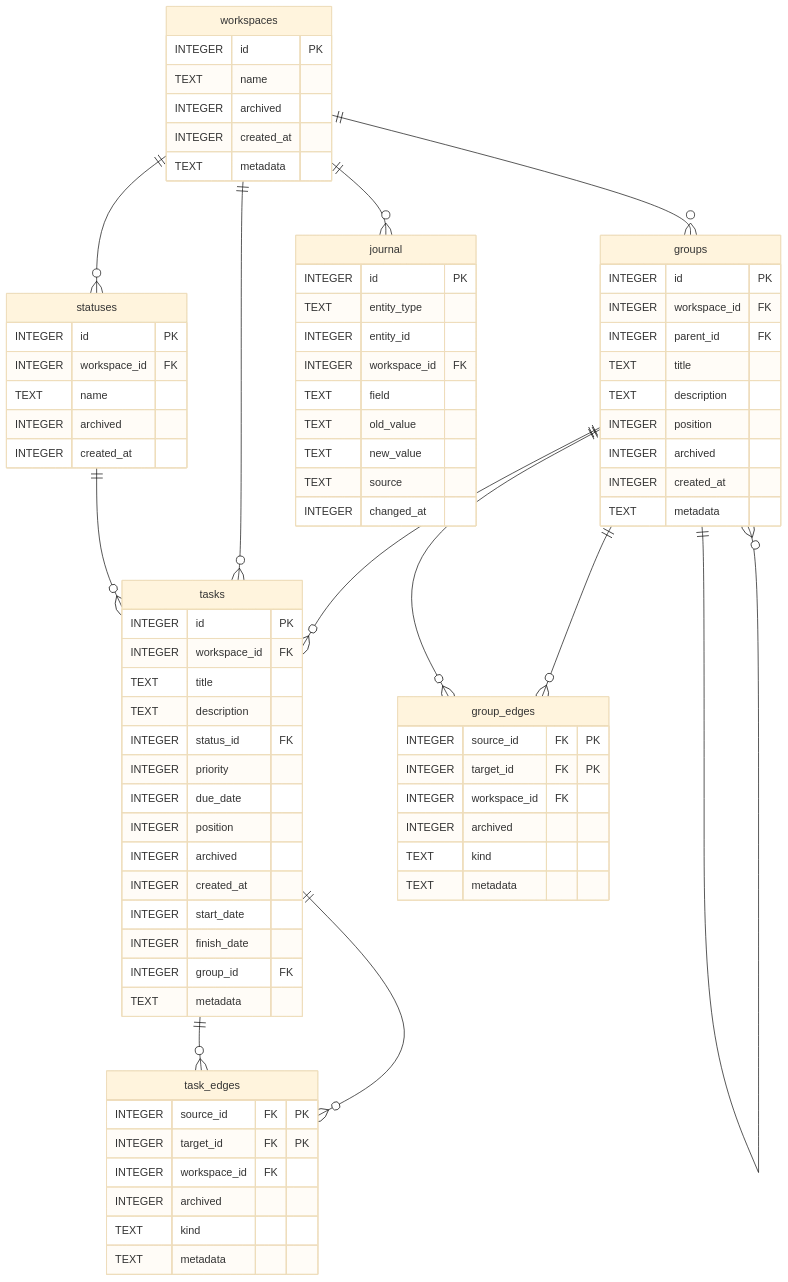
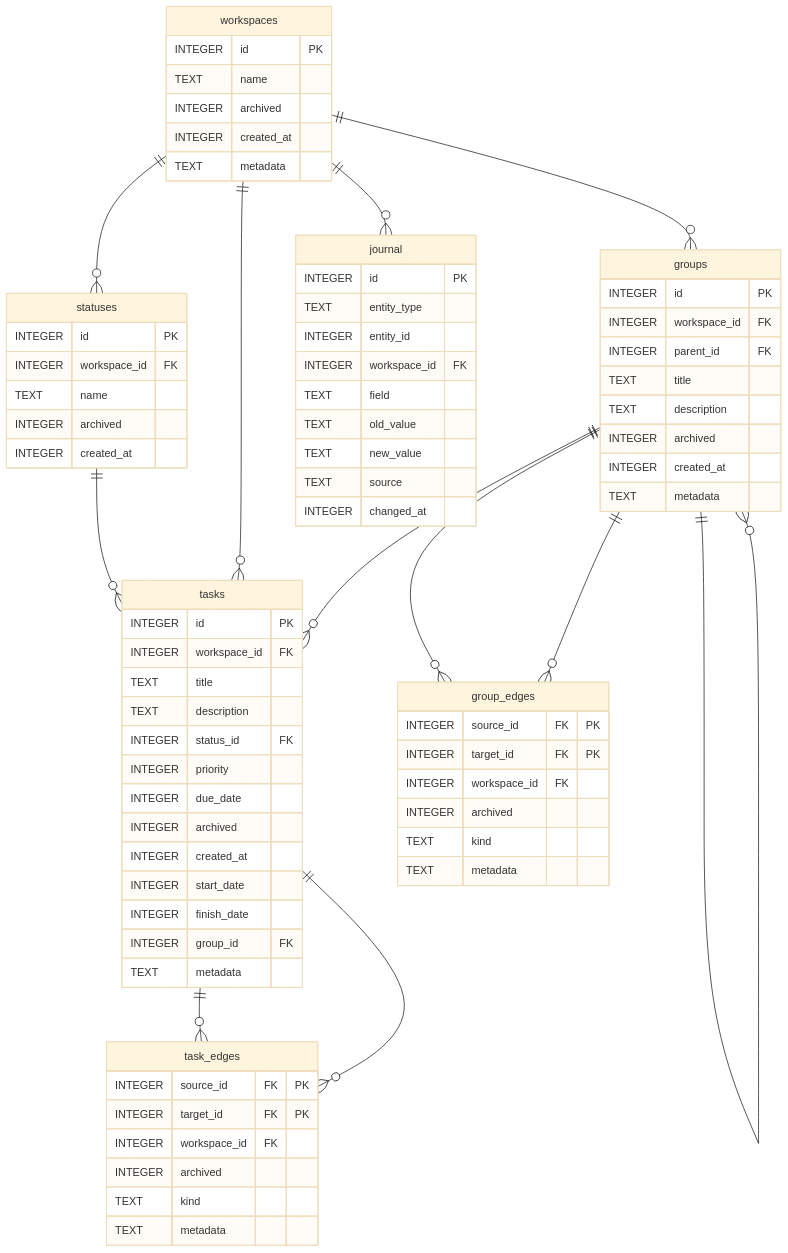
The diagram in docs/erd.md (phansen314/stx), drawn with Mermaid (base theme) before and after one commit. The commit also changed 2 other files, not shown here.

Commit message:
docs: drop position from README, ERD, and semantics docs
Follows migration 018 removing the position column from tasks and groups.

```diff
--- a/docs/erd.md
+++ b/docs/erd.md
@@ -34,7 +34,6 @@
         INTEGER parent_id FK
         TEXT title
         TEXT description
-        INTEGER position
         INTEGER archived
         INTEGER created_at
         TEXT metadata
@@ -48,7 +47,6 @@
         INTEGER status_id FK
         INTEGER priority
         INTEGER due_date
-        INTEGER position
         INTEGER archived
         INTEGER created_at
         INTEGER start_date
```
